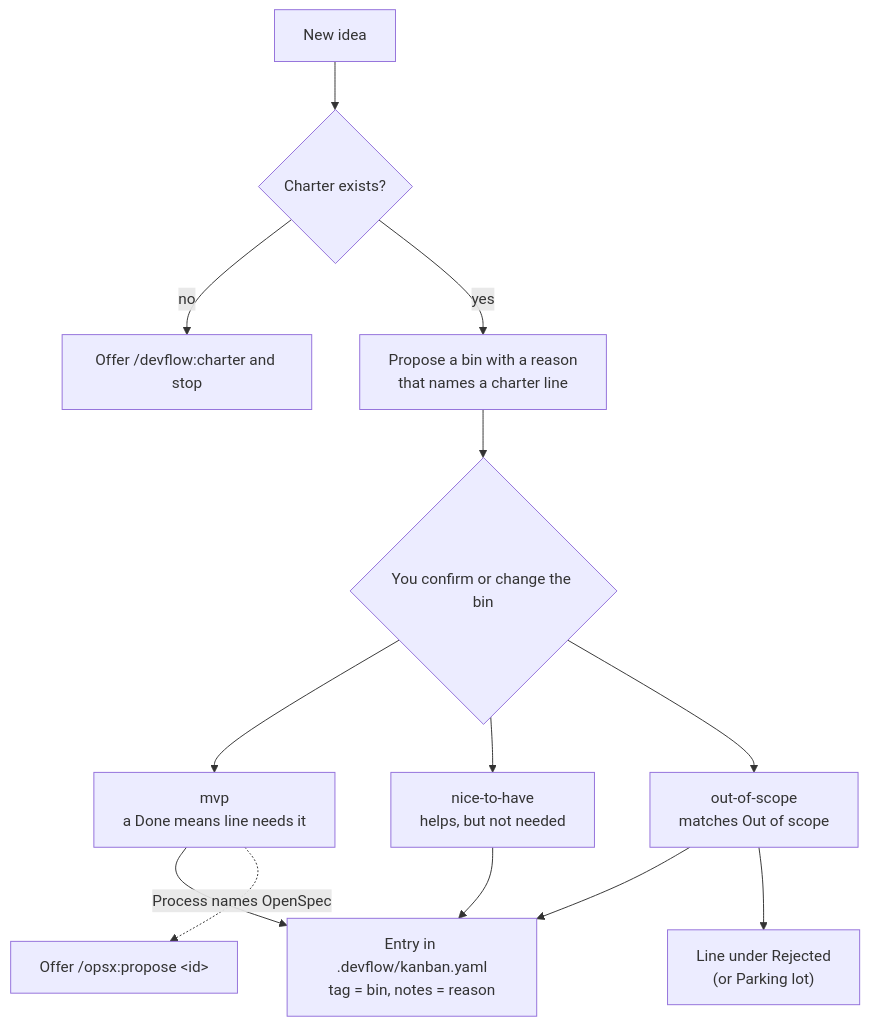
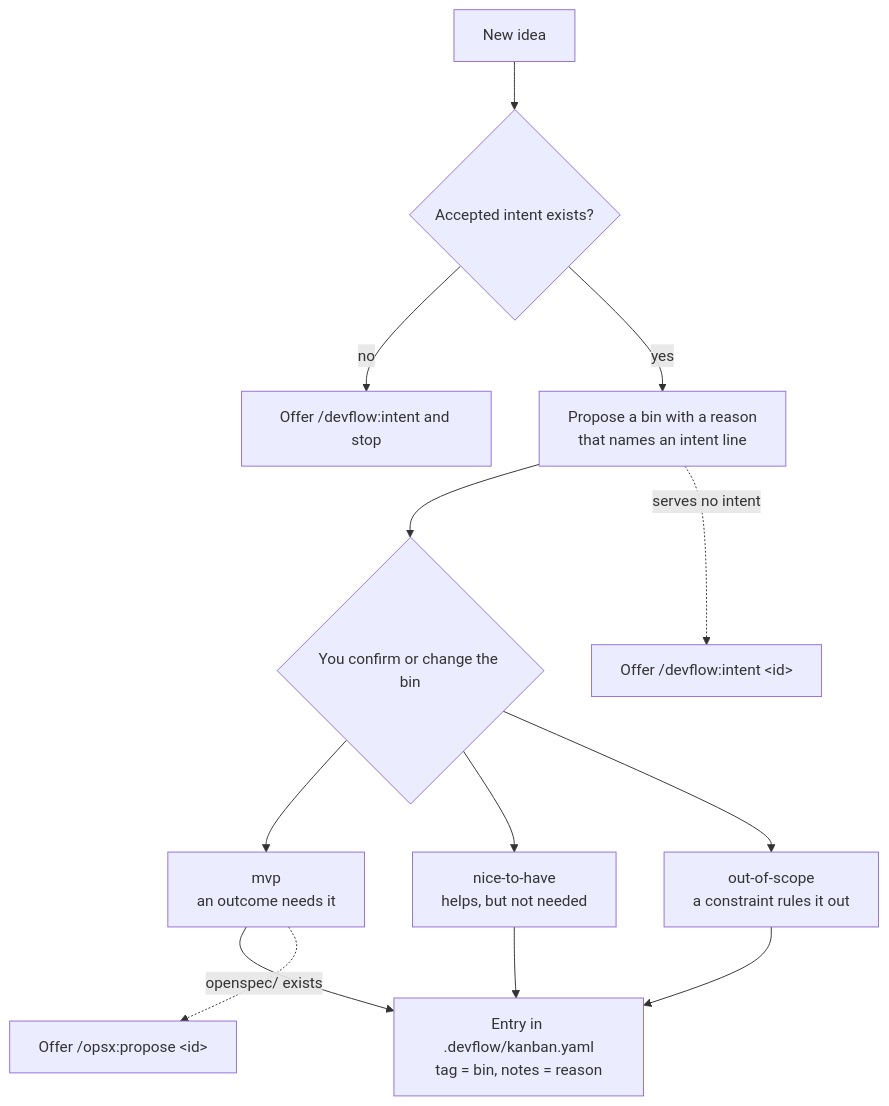
Before and after one commit to sdevikar/sdlc-tools: the seventh of 11 diagrams in devflow/README.md, drawn with Mermaid. The commit also changed other lines of this file and 13 other files, not shown here.

First line of the commit message:
feat(devflow): replace the charter with the playbook's intent.md

````diff
--- a/devflow/README.md
+++ b/devflow/README.md
@@ -247,13 +262,13 @@
 ```mermaid
 flowchart TD
-    I["New idea"] --> C{"Charter exists?"}
-    C -- no --> OC["Offer /devflow:charter and stop"]
-    C -- yes --> B["Propose a bin with a reason<br/>that names a charter line"]
+    I["New idea"] --> C{"Accepted intent exists?"}
+    C -- no --> OC["Offer /devflow:intent and stop"]
+    C -- yes --> B["Propose a bin with a reason<br/>that names an intent line"]
     B --> U{"You confirm or change the bin"}
-    U --> MVP["mvp<br/>a Done means line needs it"]
+    B -. "serves no intent" .-> NI["Offer /devflow:intent &lt;id&gt;"]
+    U --> MVP["mvp<br/>an outcome needs it"]
     U --> NTH["nice-to-have<br/>helps, but not needed"]
-    U --> OOS["out-of-scope<br/>matches Out of scope"]
+    U --> OOS["out-of-scope<br/>a constraint rules it out"]
     MVP & NTH & OOS --> KB["Entry in .devflow/kanban.yaml<br/>tag = bin, notes = reason"]
-    OOS --> RJ["Line under Rejected<br/>(or Parking lot)"]
-    MVP -. "Process names OpenSpec" .-> OP["Offer /opsx:propose &lt;id&gt;"]
+    MVP -. "openspec/ exists" .-> OP["Offer /opsx:propose &lt;id&gt;"]
 ```
````
